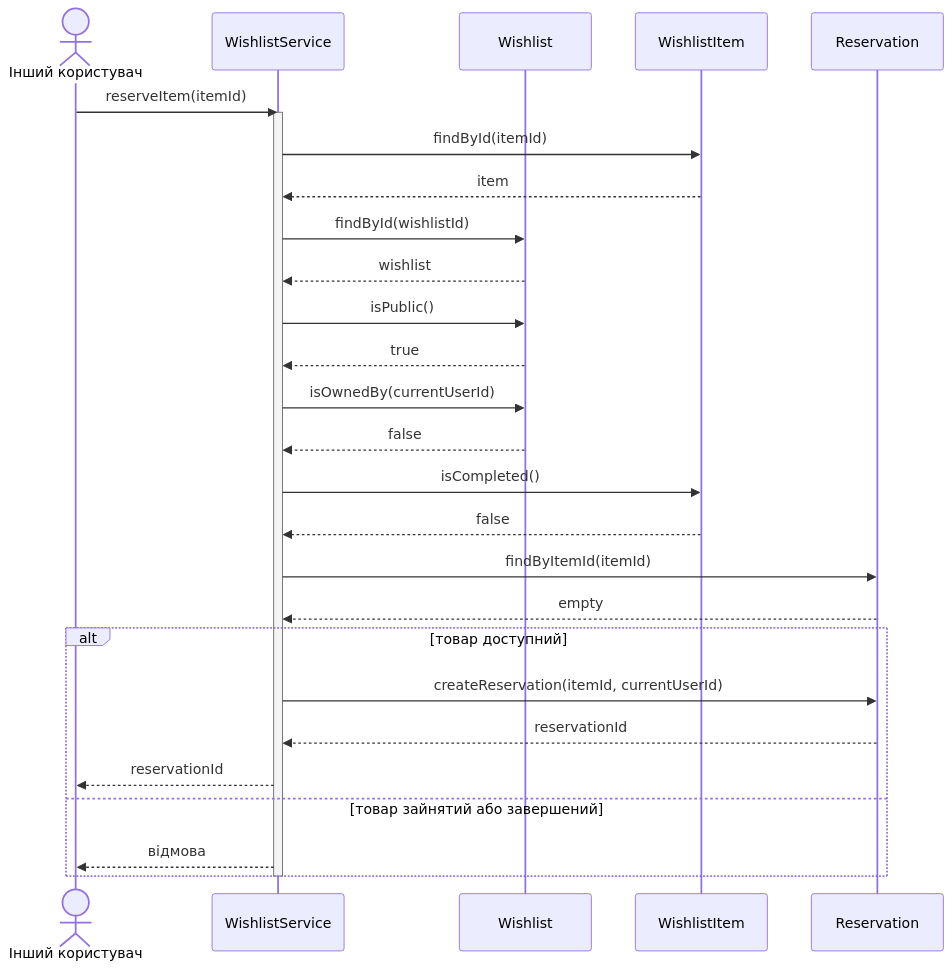
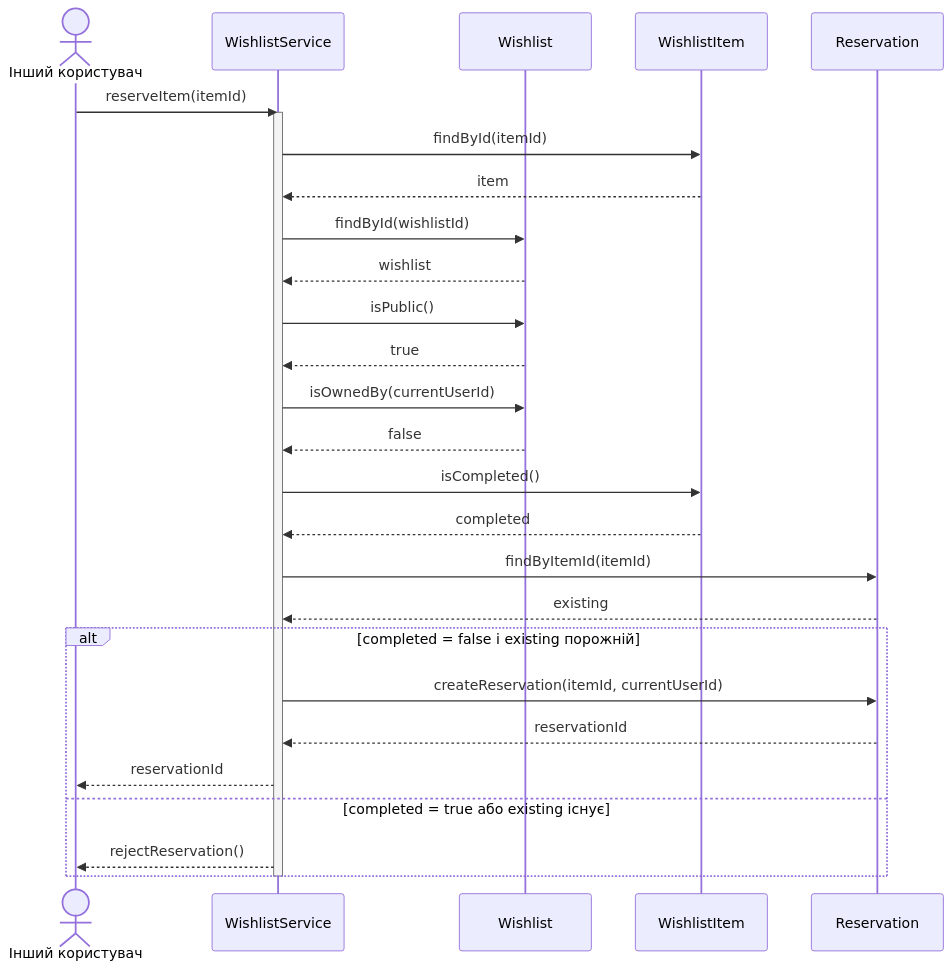
Before and after one commit to mariiahosp/kpi-labs: the diagram in lab3/sc-03-reserve-item.md, drawn with Mermaid. The commit also changed 6 other files, not shown here.

````diff
--- a/lab3/sc-03-reserve-item.md
+++ b/lab3/sc-03-reserve-item.md
@@ -3,32 +3,32 @@
 ```mermaid
 sequenceDiagram
     actor User as Інший користувач
     participant S as WishlistService
     participant W as Wishlist
     participant Item as WishlistItem
     participant R as Reservation
 
     User->>S: reserveItem(itemId)
     activate S
     S->>Item: findById(itemId)
     Item-->>S: item
     S->>W: findById(wishlistId)
     W-->>S: wishlist
     S->>W: isPublic()
     W-->>S: true
     S->>W: isOwnedBy(currentUserId)
     W-->>S: false
     S->>Item: isCompleted()
-    Item-->>S: false
+    Item-->>S: completed
     S->>R: findByItemId(itemId)
-    R-->>S: empty
+    R-->>S: existing
 
-    alt товар доступний
+    alt completed = false і existing порожній
         S->>R: createReservation(itemId, currentUserId)
         R-->>S: reservationId
         S-->>User: reservationId
-    else товар зайнятий або завершений
-        S-->>User: відмова
+    else completed = true або existing існує
+        S-->>User: rejectReservation()
     end
     deactivate S
 ```
````
